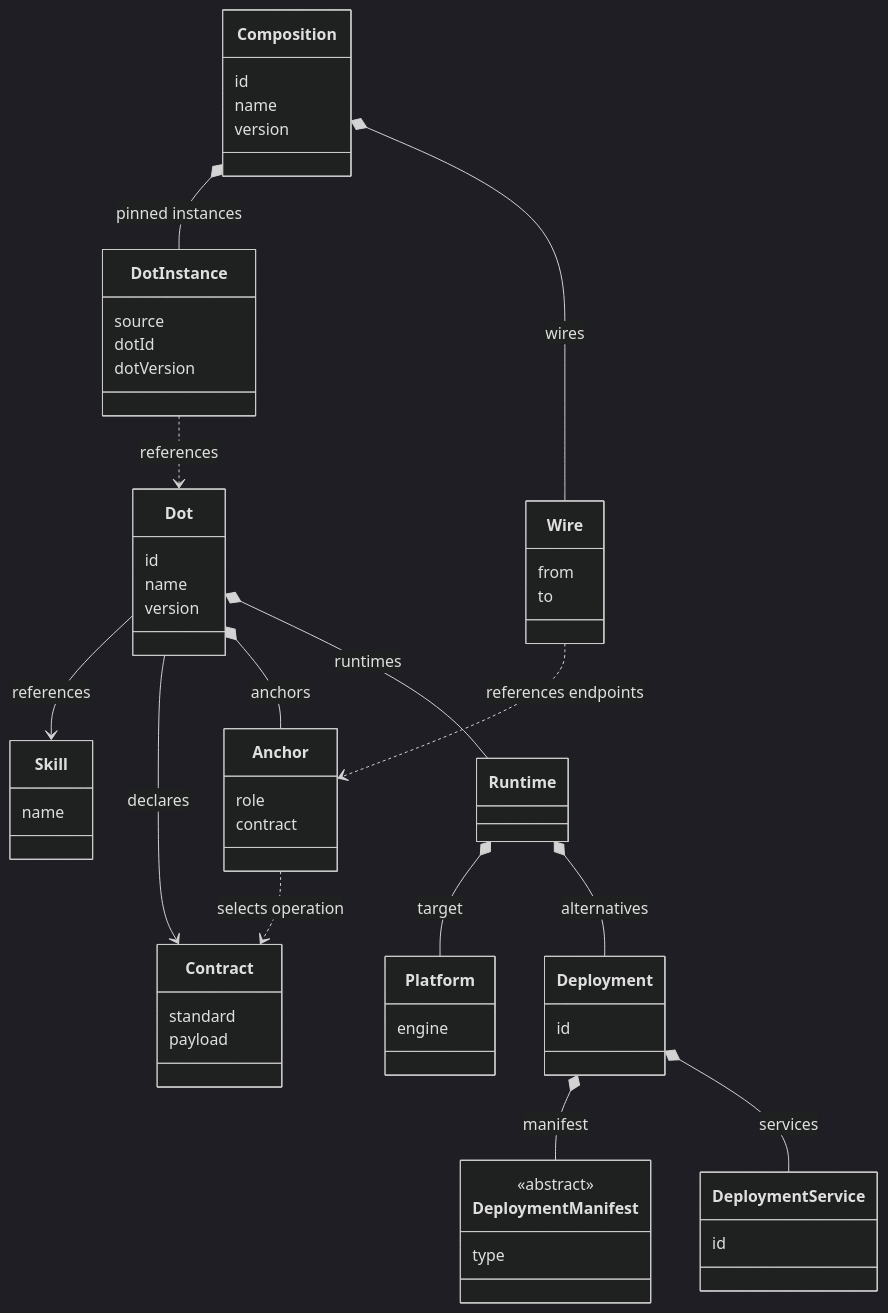
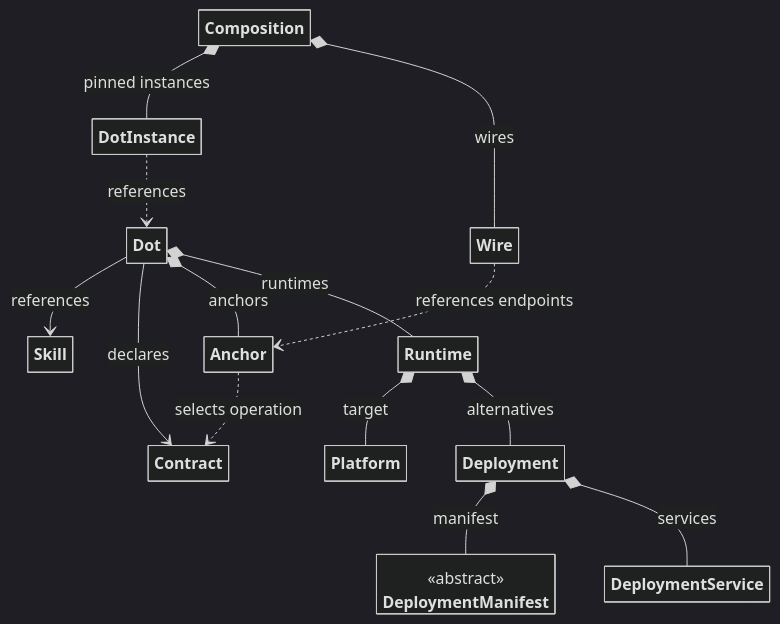
Before and after one commit to MARE-EU-Project/DOT-Docs: the diagram in DOT-Design/next/dot-design/_attachments/diagrams/dot-domain-overview.mmd, drawn with Mermaid (dark theme). The commit also changed 14 other files, not shown here.

```diff
--- a/DOT-Design/next/dot-design/_attachments/diagrams/dot-domain-overview.mmd
+++ b/DOT-Design/next/dot-design/_attachments/diagrams/dot-domain-overview.mmd
@@ -1,63 +1,41 @@
+---
+config:
+  class:
+    hideEmptyMembersBox: true
+    nodeSpacing: 20
+    rankSpacing: 30
+    padding: 6
+---
 classDiagram
   direction TB
   accTitle: Simplified DOT domain model
   accDescr: Dot references Skills, declares Contracts, and contains Anchors and Runtime alternatives. An Anchor selects a Contract operation. Each Runtime targets a Platform and contains Deployments. A Deployment contains one manifest and its logical services. A separate Composition aggregate owns pinned DOT instances and wires referencing Anchors, never embedded DOT definitions.
 
-  class Dot {
-    id
-    name
-    version
-  }
-  class Skill {
-    name
-  }
-  class Contract {
-    standard
-    payload
-  }
-  class Anchor {
-    role
-    contract
-  }
+  class Dot
+  class Skill
+  class Contract
+  class Anchor
   class Runtime
-  class Platform {
-    engine
-  }
-  class Deployment {
-    id
-  }
+  class Platform
+  class Deployment
   class DeploymentManifest {
     <<abstract>>
-    type
   }
-  class DeploymentService {
-    id
-  }
-  class Composition {
-    id
-    name
-    version
-  }
-  class DotInstance {
-    source
-    dotId
-    dotVersion
-  }
-  class Wire {
-    from
-    to
-  }
+  class DeploymentService
+  class Composition
+  class DotInstance
+  class Wire
 
   Composition *-- DotInstance : pinned instances
   Composition *-- Wire : wires
   DotInstance ..> Dot : references
   Wire ..> Anchor : references endpoints
   Dot --> Skill : references
   Dot --> Contract : declares
   Dot *-- Anchor : anchors
   Dot *-- Runtime : runtimes
   Anchor ..> Contract : selects operation
   Runtime *-- Platform : target
   Runtime *-- Deployment : alternatives
   Deployment *-- DeploymentManifest : manifest
   Deployment *-- DeploymentService : services
```
